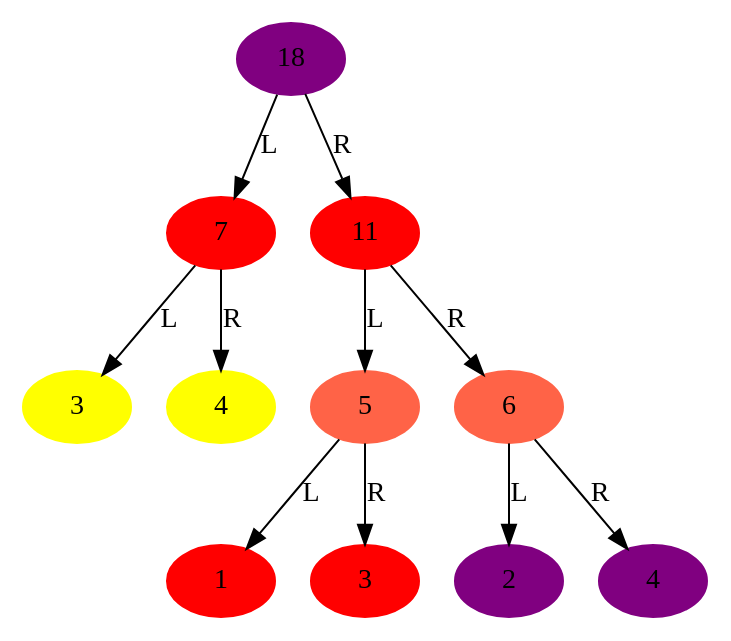
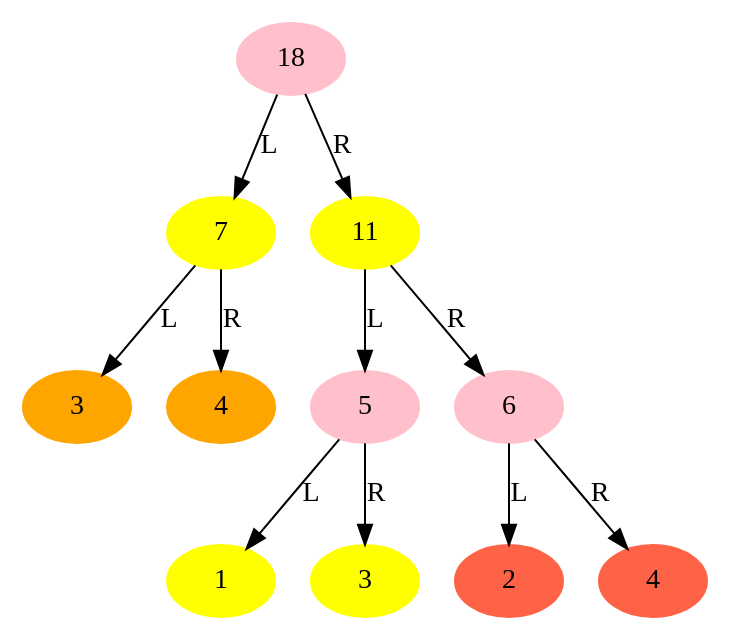
One commit to Batman001/leetcode_in_python changed the diagram in btree/output/tree.gv. Above: the diagram before and after it, drawn with Graphviz. The commit also changed 9 other files, not shown here.

```diff
--- a/btree/output/tree.gv
+++ b/btree/output/tree.gv
@@ -1,24 +1,24 @@
 // Binary Tree
 digraph {
-	"07226df0-1a20-11ea-8319-4074e04adad9" [label=18 color=purple style=filled]
-	"07226df1-1a20-11ea-ad4c-4074e04adad9" [label=7 color=red style=filled]
-	"07226df0-1a20-11ea-8319-4074e04adad9" -> "07226df1-1a20-11ea-ad4c-4074e04adad9" [label=L]
-	"07226df2-1a20-11ea-b50b-4074e04adad9" [label=3 color=yellow style=filled]
-	"07226df1-1a20-11ea-ad4c-4074e04adad9" -> "07226df2-1a20-11ea-b50b-4074e04adad9" [label=L]
-	"07226df3-1a20-11ea-82d8-4074e04adad9" [label=4 color=yellow style=filled]
-	"07226df1-1a20-11ea-ad4c-4074e04adad9" -> "07226df3-1a20-11ea-82d8-4074e04adad9" [label=R]
-	"07226df4-1a20-11ea-82f9-4074e04adad9" [label=11 color=red style=filled]
-	"07226df0-1a20-11ea-8319-4074e04adad9" -> "07226df4-1a20-11ea-82f9-4074e04adad9" [label=R]
-	"07226df5-1a20-11ea-a84e-4074e04adad9" [label=5 color=tomato style=filled]
-	"07226df4-1a20-11ea-82f9-4074e04adad9" -> "07226df5-1a20-11ea-a84e-4074e04adad9" [label=L]
-	"072294ec-1a20-11ea-b2cd-4074e04adad9" [label=1 color=red style=filled]
-	"07226df5-1a20-11ea-a84e-4074e04adad9" -> "072294ec-1a20-11ea-b2cd-4074e04adad9" [label=L]
-	"072294ed-1a20-11ea-8cc0-4074e04adad9" [label=3 color=red style=filled]
-	"07226df5-1a20-11ea-a84e-4074e04adad9" -> "072294ed-1a20-11ea-8cc0-4074e04adad9" [label=R]
-	"072294ee-1a20-11ea-81ef-4074e04adad9" [label=6 color=tomato style=filled]
-	"07226df4-1a20-11ea-82f9-4074e04adad9" -> "072294ee-1a20-11ea-81ef-4074e04adad9" [label=R]
-	"072294ef-1a20-11ea-82b5-4074e04adad9" [label=2 color=purple style=filled]
-	"072294ee-1a20-11ea-81ef-4074e04adad9" -> "072294ef-1a20-11ea-82b5-4074e04adad9" [label=L]
-	"072294f0-1a20-11ea-8d1e-4074e04adad9" [label=4 color=purple style=filled]
-	"072294ee-1a20-11ea-81ef-4074e04adad9" -> "072294f0-1a20-11ea-8d1e-4074e04adad9" [label=R]
+	"eb7d5dd2-2139-11ea-9cab-4074e04adad9" [label=18 color=pink style=filled]
+	"eb7d5dd3-2139-11ea-b598-4074e04adad9" [label=7 color=yellow style=filled]
+	"eb7d5dd2-2139-11ea-9cab-4074e04adad9" -> "eb7d5dd3-2139-11ea-b598-4074e04adad9" [label=L]
+	"eb7d5dd4-2139-11ea-bf2d-4074e04adad9" [label=3 color=orange style=filled]
+	"eb7d5dd3-2139-11ea-b598-4074e04adad9" -> "eb7d5dd4-2139-11ea-bf2d-4074e04adad9" [label=L]
+	"eb7d5dd5-2139-11ea-8ac6-4074e04adad9" [label=4 color=orange style=filled]
+	"eb7d5dd3-2139-11ea-b598-4074e04adad9" -> "eb7d5dd5-2139-11ea-8ac6-4074e04adad9" [label=R]
+	"eb7d5dd6-2139-11ea-ad92-4074e04adad9" [label=11 color=yellow style=filled]
+	"eb7d5dd2-2139-11ea-9cab-4074e04adad9" -> "eb7d5dd6-2139-11ea-ad92-4074e04adad9" [label=R]
+	"eb7d5dd7-2139-11ea-82df-4074e04adad9" [label=5 color=pink style=filled]
+	"eb7d5dd6-2139-11ea-ad92-4074e04adad9" -> "eb7d5dd7-2139-11ea-82df-4074e04adad9" [label=L]
+	"eb7d5dd8-2139-11ea-a5bb-4074e04adad9" [label=1 color=yellow style=filled]
+	"eb7d5dd7-2139-11ea-82df-4074e04adad9" -> "eb7d5dd8-2139-11ea-a5bb-4074e04adad9" [label=L]
+	"eb7d5dd9-2139-11ea-859f-4074e04adad9" [label=3 color=yellow style=filled]
+	"eb7d5dd7-2139-11ea-82df-4074e04adad9" -> "eb7d5dd9-2139-11ea-859f-4074e04adad9" [label=R]
+	"eb7d5dda-2139-11ea-98e1-4074e04adad9" [label=6 color=pink style=filled]
+	"eb7d5dd6-2139-11ea-ad92-4074e04adad9" -> "eb7d5dda-2139-11ea-98e1-4074e04adad9" [label=R]
+	"eb7d5ddb-2139-11ea-b43d-4074e04adad9" [label=2 color=tomato style=filled]
+	"eb7d5dda-2139-11ea-98e1-4074e04adad9" -> "eb7d5ddb-2139-11ea-b43d-4074e04adad9" [label=L]
+	"eb7d5ddc-2139-11ea-bbdb-4074e04adad9" [label=4 color=tomato style=filled]
+	"eb7d5dda-2139-11ea-98e1-4074e04adad9" -> "eb7d5ddc-2139-11ea-bbdb-4074e04adad9" [label=R]
 }
```
